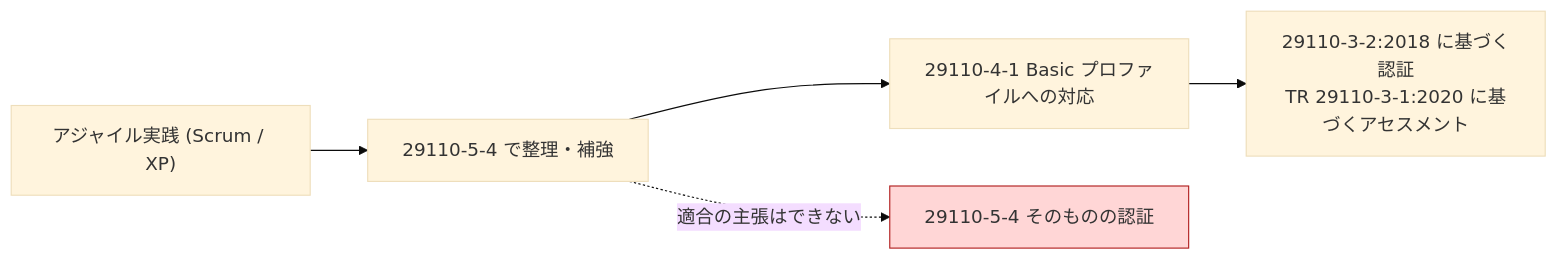
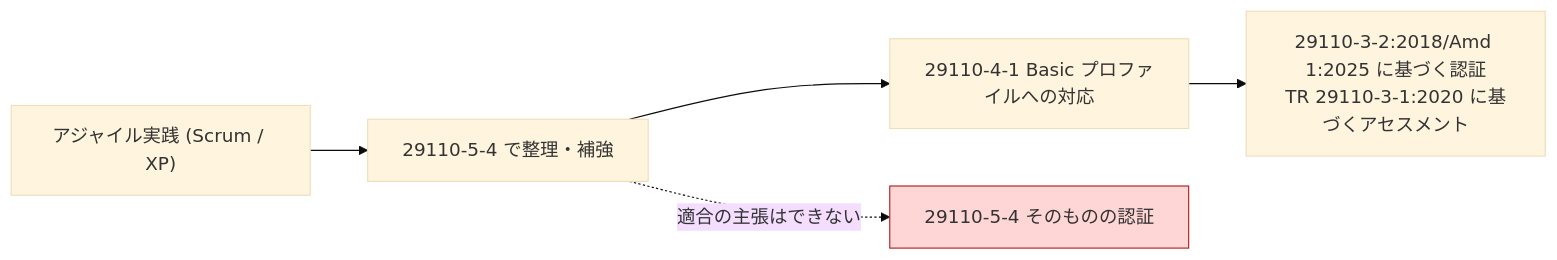
The ninth of 10 diagrams in Iso-iec-29110-5-4-2025-beginner-guide.md (myoshi2891/Quality-Assurance-Studies), drawn with Mermaid (base theme) before and after one commit. The commit also changed other lines of this file, not shown here.

````diff
--- a/Iso-iec-29110-5-4-2025-beginner-guide.md
+++ b/Iso-iec-29110-5-4-2025-beginner-guide.md
@@ -366,8 +366,8 @@
 ```mermaid
 flowchart LR
   A["アジャイル実践 (Scrum / XP)"] --> B["29110-5-4 で整理・補強"]
   B --> C["29110-4-1 Basic プロファイルへの対応"]
-  C --> D["29110-3-2:2018 に基づく認証<br/>TR 29110-3-1:2020 に基づくアセスメント"]
+  C --> D["29110-3-2:2018/Amd 1:2025 に基づく認証<br/>TR 29110-3-1:2020 に基づくアセスメント"]
   B -. "適合の主張はできない" .-> X["29110-5-4 そのものの認証"]
   style X fill:#ffd6d6,stroke:#b22222
 ```
````
